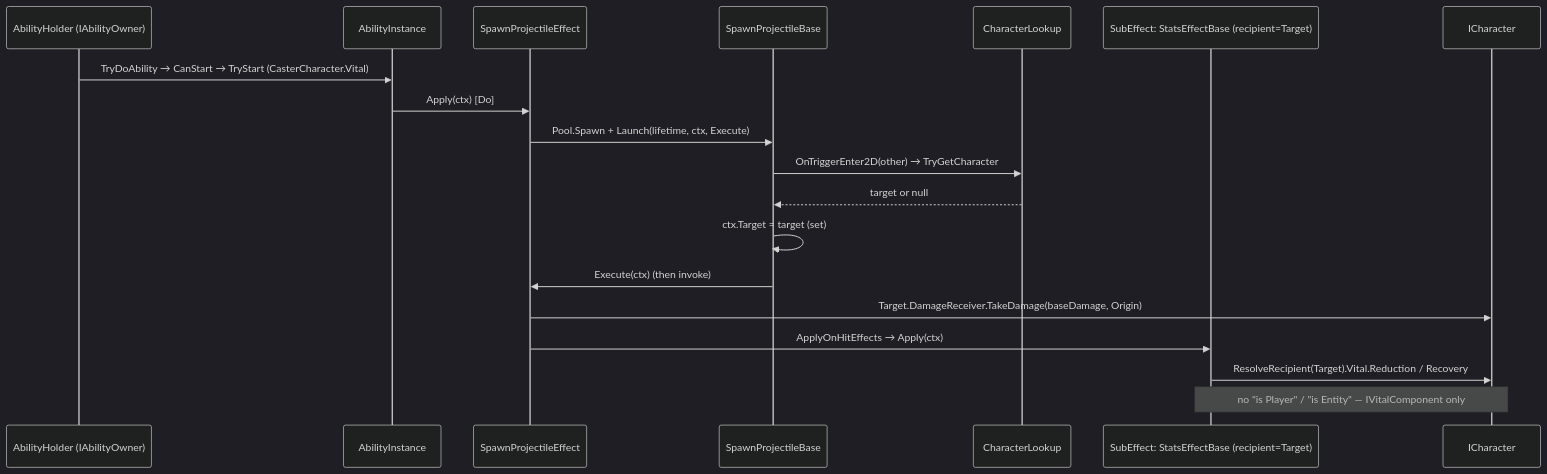
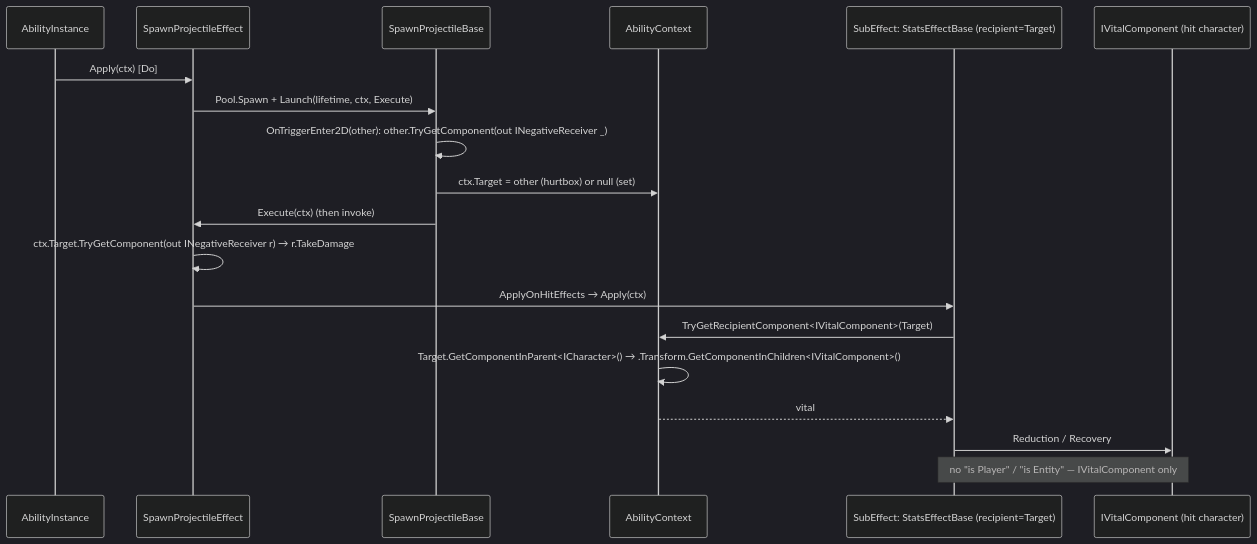
One commit to kay6198835/Game-RPG changed the fourth of 8 diagrams in docs/diagrams/character-architecture-diagrams.md. Above: the diagram before and after it, drawn with Mermaid (dark theme). The commit also changed other lines of this file and 28 other files, not shown here.

First line of the commit message:
refactor(character): ICharacter is identity only (ADR-0005 Amendment 1)

````diff
--- a/docs/diagrams/character-architecture-diagrams.md
+++ b/docs/diagrams/character-architecture-diagrams.md
@@ -120,21 +131,21 @@
 ```mermaid
 sequenceDiagram
-    participant AH as AbilityHolder (IAbilityOwner)
     participant AI as AbilityInstance
     participant FX as SpawnProjectileEffect
     participant SM as SpawnProjectileBase
-    participant LK as CharacterLookup
+    participant CX as AbilityContext
     participant SE as SubEffect: StatsEffectBase (recipient=Target)
-    participant T as ICharacter
-    AH->>AI: TryDoAbility → CanStart → TryStart (CasterCharacter.Vital)
+    participant V as IVitalComponent (hit character)
     AI->>FX: Apply(ctx) [Do]
     FX->>SM: Pool.Spawn + Launch(lifetime, ctx, Execute)
-    SM->>LK: OnTriggerEnter2D(other) → TryGetCharacter
-    LK-->>SM: target or null
-    SM->>SM: ctx.Target = target (set)
-    SM->>FX: Execute(ctx) (then invoke)
-    FX->>T: Target.DamageReceiver.TakeDamage(baseDamage, Origin)
+    SM->>SM: OnTriggerEnter2D(other): other.TryGetComponent(out INegativeReceiver _)
+    SM->>CX: ctx.Target = other (hurtbox) or null  (set)
+    SM->>FX: Execute(ctx)  (then invoke)
+    FX->>FX: ctx.Target.TryGetComponent(out INegativeReceiver r) → r.TakeDamage
     FX->>SE: ApplyOnHitEffects → Apply(ctx)
-    SE->>T: ResolveRecipient(Target).Vital.Reduction / Recovery
-    Note over SE,T: no "is Player" / "is Entity" — IVitalComponent only
+    SE->>CX: TryGetRecipientComponent<IVitalComponent>(Target)
+    CX->>CX: Target.GetComponentInParent<ICharacter>() → .Transform.GetComponentInChildren<IVitalComponent>()
+    CX-->>SE: vital
+    SE->>V: Reduction / Recovery
+    Note over SE,V: no "is Player" / "is Entity" — IVitalComponent only
 ```
````
